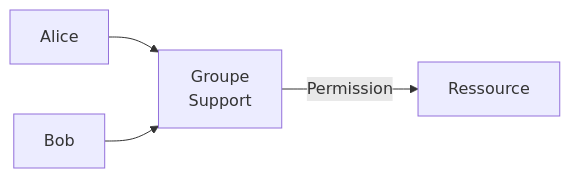
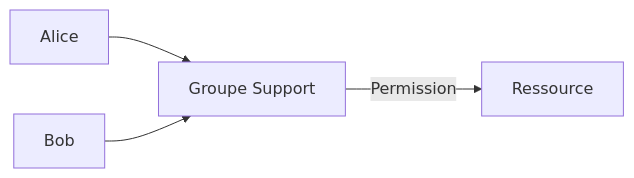
Before and after one commit to lmeryFulbert/SportLudique2026-2027: the fourth of 20 diagrams in docs/cours/05-Services/active-directory.md, drawn with Mermaid. The commit also changed other lines of this file and 1 other file, not shown here.

````diff
--- a/docs/cours/05-Services/active-directory.md
+++ b/docs/cours/05-Services/active-directory.md
@@ -620,11 +449,11 @@
 ```mermaid
 flowchart LR
     U1["Alice"]
     U2["Bob"]
-    G["Groupe<br/>Support"]
+    G["Groupe Support"]
     R["Ressource"]
 
     U1 --> G
     U2 --> G
     G -->|"Permission"| R
 ```
````
